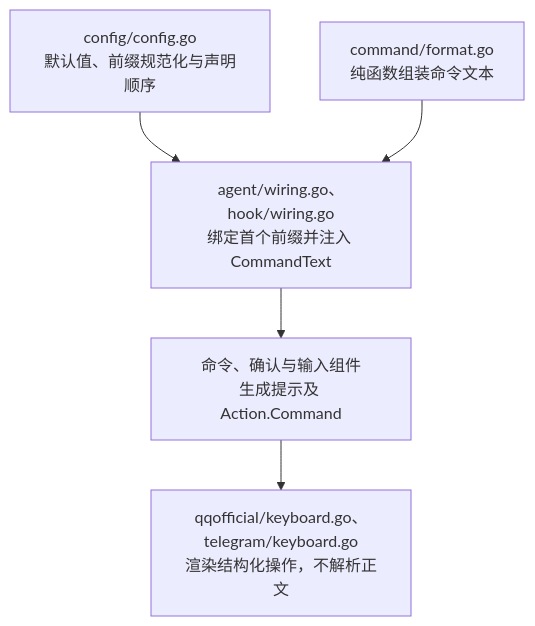
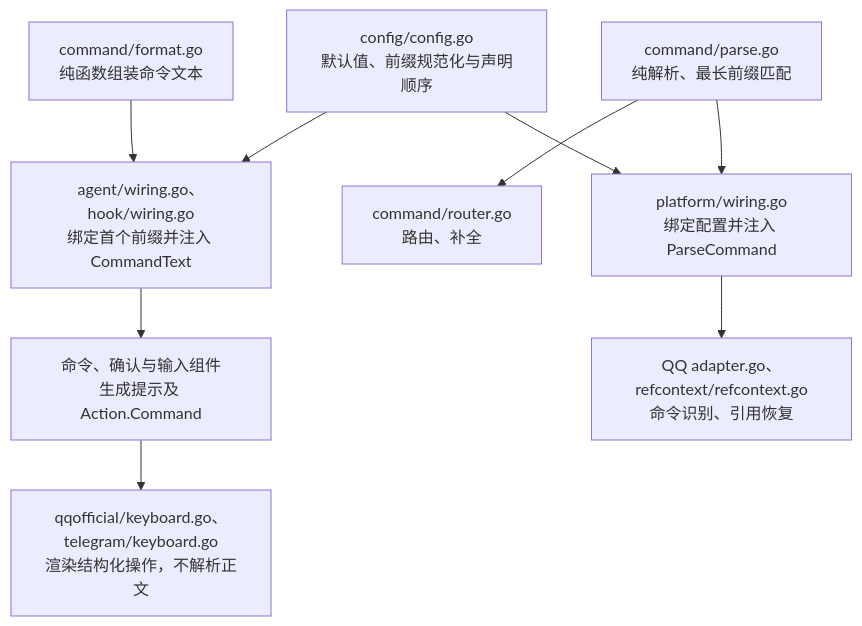
Before and after one commit to Elflare/elbot: the third of 5 diagrams in devdocs/architecture.md, drawn with Mermaid. The commit also changed other lines of this file and 27 other files, not shown here.

````diff
--- a/devdocs/architecture.md
+++ b/devdocs/architecture.md
@@ -147,7 +148,11 @@
 ```mermaid
 flowchart TD
     Config["config/config.go<br/>默认值、前缀规范化与声明顺序"] --> Wiring["agent/wiring.go、hook/wiring.go<br/>绑定首个前缀并注入 CommandText"]
     Format["command/format.go<br/>纯函数组装命令文本"] --> Wiring
     Wiring --> Hints["命令、确认与输入组件<br/>生成提示及 Action.Command"]
     Hints --> Platforms["qqofficial/keyboard.go、telegram/keyboard.go<br/>渲染结构化操作，不解析正文"]
+    Parse["command/parse.go<br/>纯解析、最长前缀匹配"] --> Router["command/router.go<br/>路由、补全"]
+    Config --> PlatformWiring["platform/wiring.go<br/>绑定配置并注入 ParseCommand"]
+    Parse --> PlatformWiring
+    PlatformWiring --> Consumers["QQ adapter.go、refcontext/refcontext.go<br/>命令识别、引用恢复"]
 ```
````
